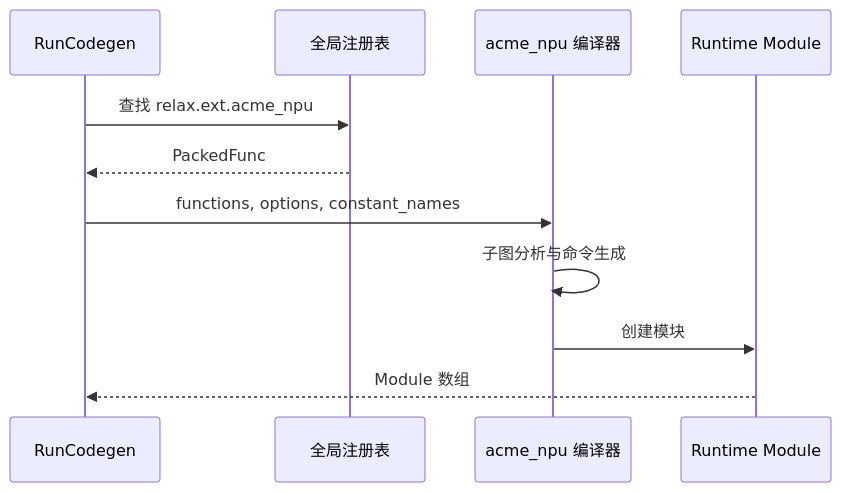
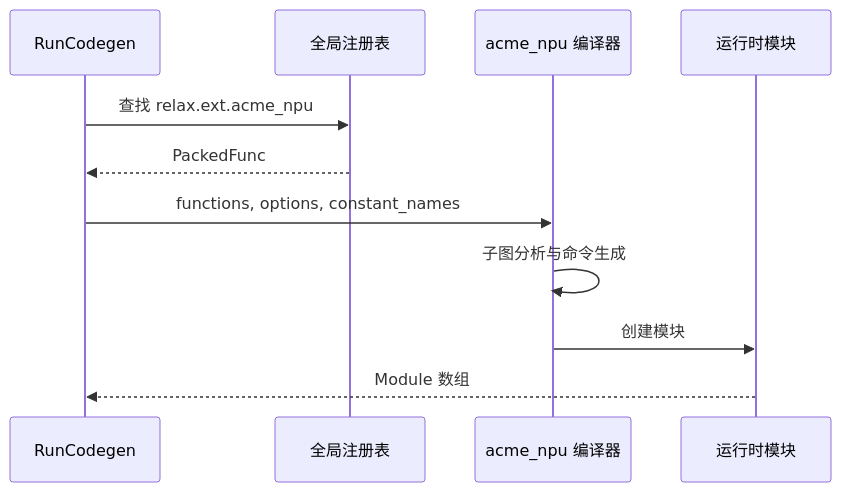
The diagram in NPU/TVM 使用与自研 NPU 接入手册/16-BYOC 代码生成器.md (Little-W/Obsidian), drawn with Mermaid before and after one commit. The commit also changed other lines of this file and 51 other files, not shown here.

````diff
--- a/NPU/TVM 使用与自研 NPU 接入手册/16-BYOC 代码生成器.md
+++ b/NPU/TVM 使用与自研 NPU 接入手册/16-BYOC 代码生成器.md
@@ -22,13 +22,13 @@
 ```mermaid
 sequenceDiagram
     participant P as RunCodegen
     participant R as 全局注册表
     participant C as acme_npu 编译器
-    participant M as Runtime Module
+    participant M as 运行时模块
     P->>R: 查找 relax.ext.acme_npu
     R-->>P: PackedFunc
     P->>C: functions, options, constant_names
     C->>C: 子图分析与命令生成
     C->>M: 创建模块
     M-->>P: Module 数组
 ```
````
